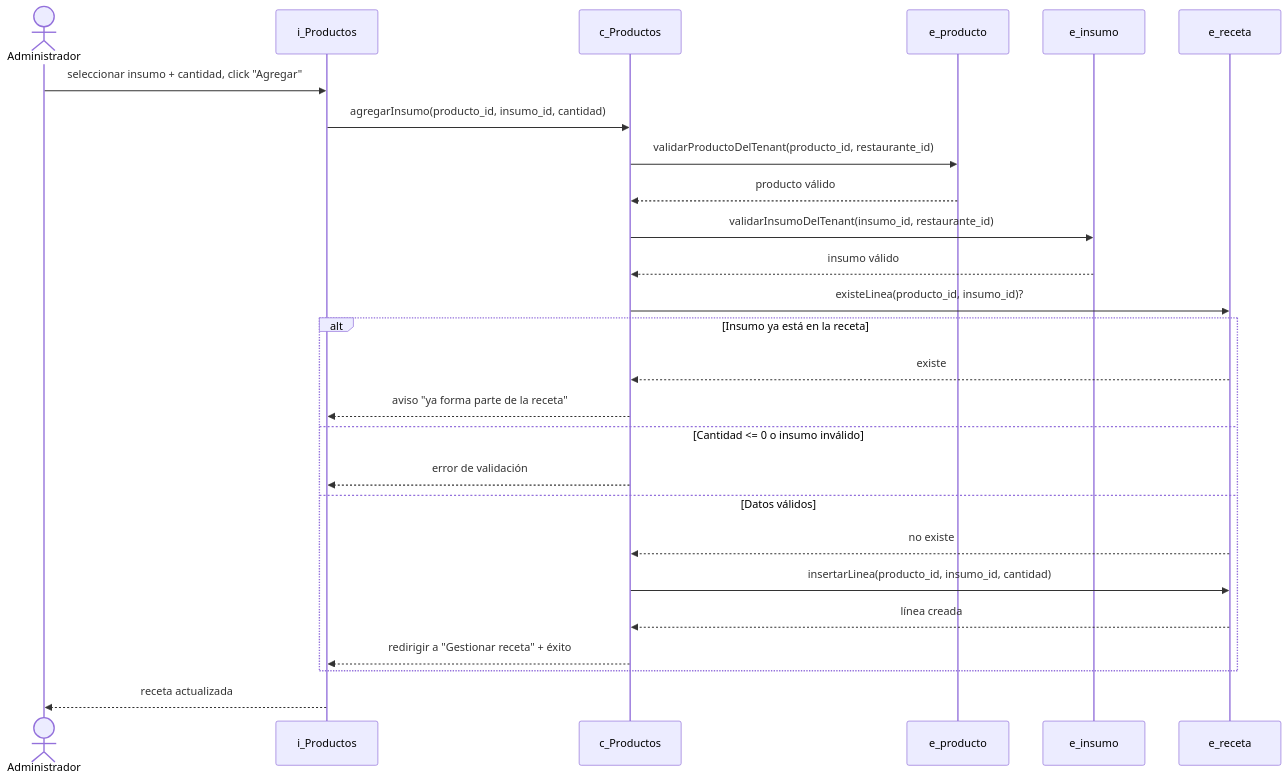
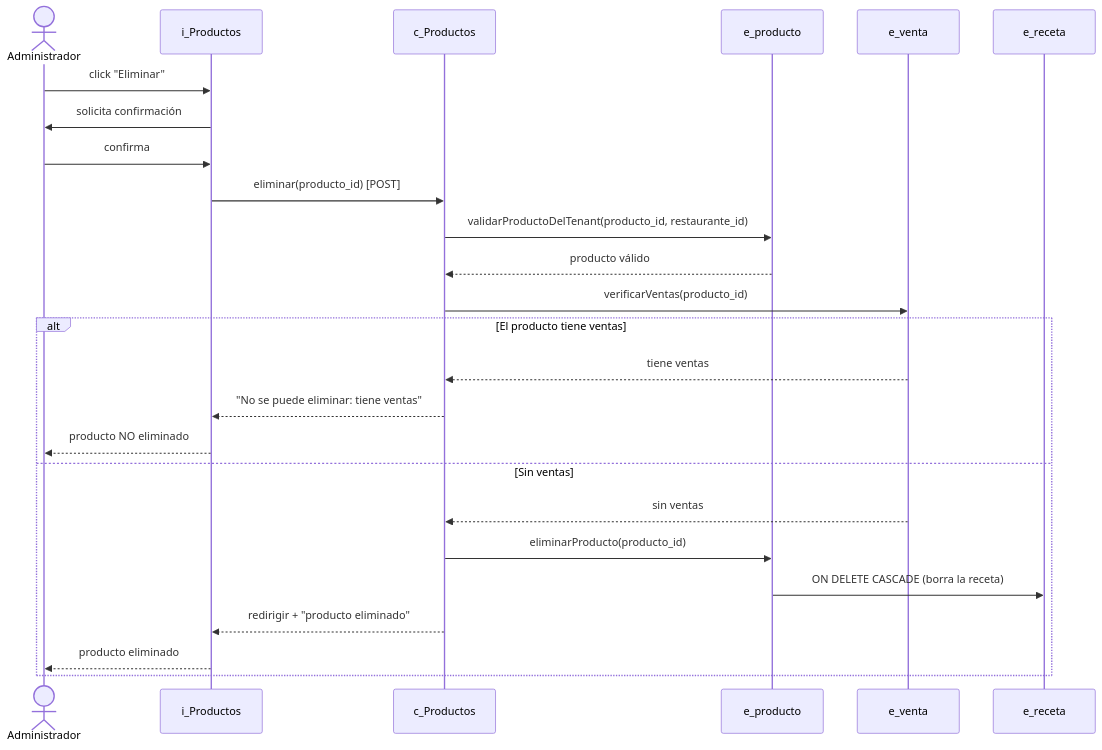
The fourth of 8 diagrams in docs/diagramas-secuencia-productos.md (Zarcooh/big-royal-saas), drawn with Mermaid before and after one commit. The commit also changed other lines of this file, not shown here.

First line of the commit message:
docs: agregar diagramas de secuencia CU-23/24/25 y limpiar el modulo

````diff
--- a/docs/diagramas-secuencia-productos.md
+++ b/docs/diagramas-secuencia-productos.md
@@ -81,29 +106,28 @@
 ```mermaid
 sequenceDiagram
     actor Admin as Administrador
     participant iR as i_Productos
     participant cR as c_Productos
     participant eProd as e_producto
-    participant eIns as e_insumo
+    participant eVen as e_venta
     participant eRec as e_receta
 
-    Admin->>iR: seleccionar insumo + cantidad, click "Agregar"
-    iR->>cR: agregarInsumo(producto_id, insumo_id, cantidad)
+    Admin->>iR: click "Eliminar"
+    iR->>Admin: solicita confirmación
+    Admin->>iR: confirma
+    iR->>cR: eliminar(producto_id) [POST]
     cR->>eProd: validarProductoDelTenant(producto_id, restaurante_id)
     eProd-->>cR: producto válido
-    cR->>eIns: validarInsumoDelTenant(insumo_id, restaurante_id)
-    eIns-->>cR: insumo válido
-    cR->>eRec: existeLinea(producto_id, insumo_id)?
-    alt Insumo ya está en la receta
-        eRec-->>cR: existe
-        cR-->>iR: aviso "ya forma parte de la receta"
-    else Cantidad <= 0 o insumo inválido
-        cR-->>iR: error de validación
-    else Datos válidos
-        eRec-->>cR: no existe
-        cR->>eRec: insertarLinea(producto_id, insumo_id, cantidad)
-        eRec-->>cR: línea creada
-        cR-->>iR: redirigir a "Gestionar receta" + éxito
+    cR->>eVen: verificarVentas(producto_id)
+    alt El producto tiene ventas
+        eVen-->>cR: tiene ventas
+        cR-->>iR: "No se puede eliminar: tiene ventas"
+        iR-->>Admin: producto NO eliminado
+    else Sin ventas
+        eVen-->>cR: sin ventas
+        cR->>eProd: eliminarProducto(producto_id)
+        eProd->>eRec: ON DELETE CASCADE (borra la receta)
+        cR-->>iR: redirigir + "producto eliminado"
+        iR-->>Admin: producto eliminado
     end
-    iR-->>Admin: receta actualizada
 ```
````
